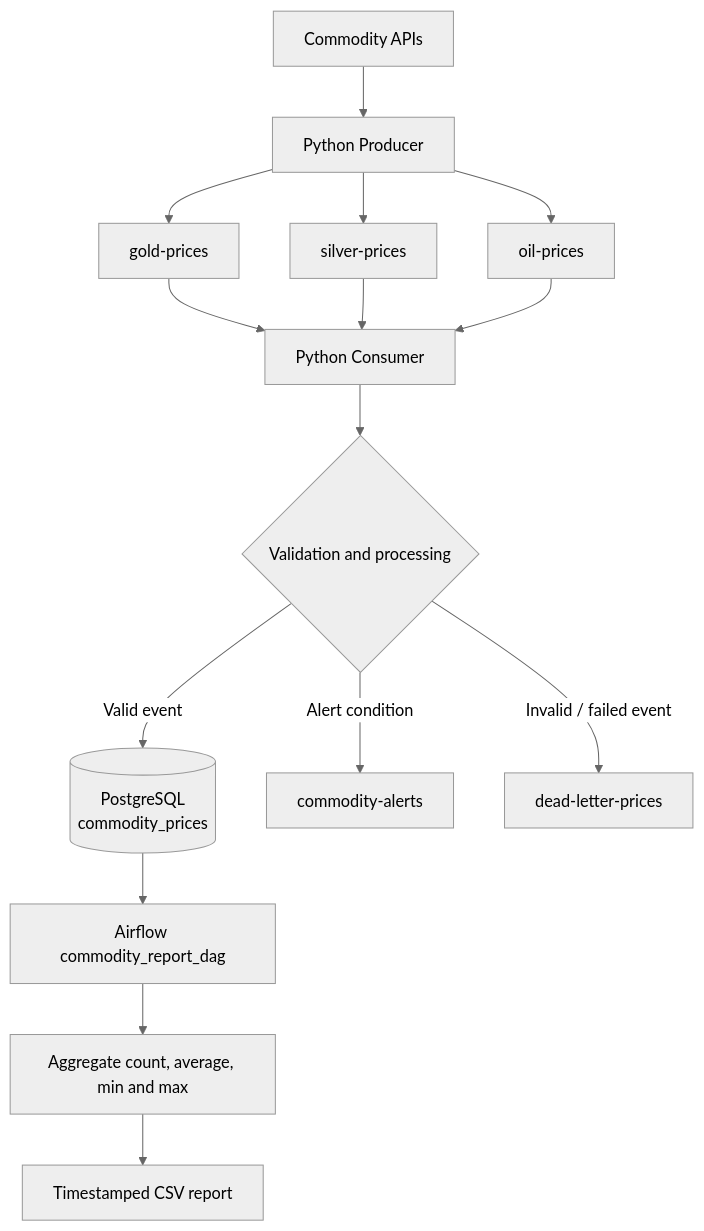
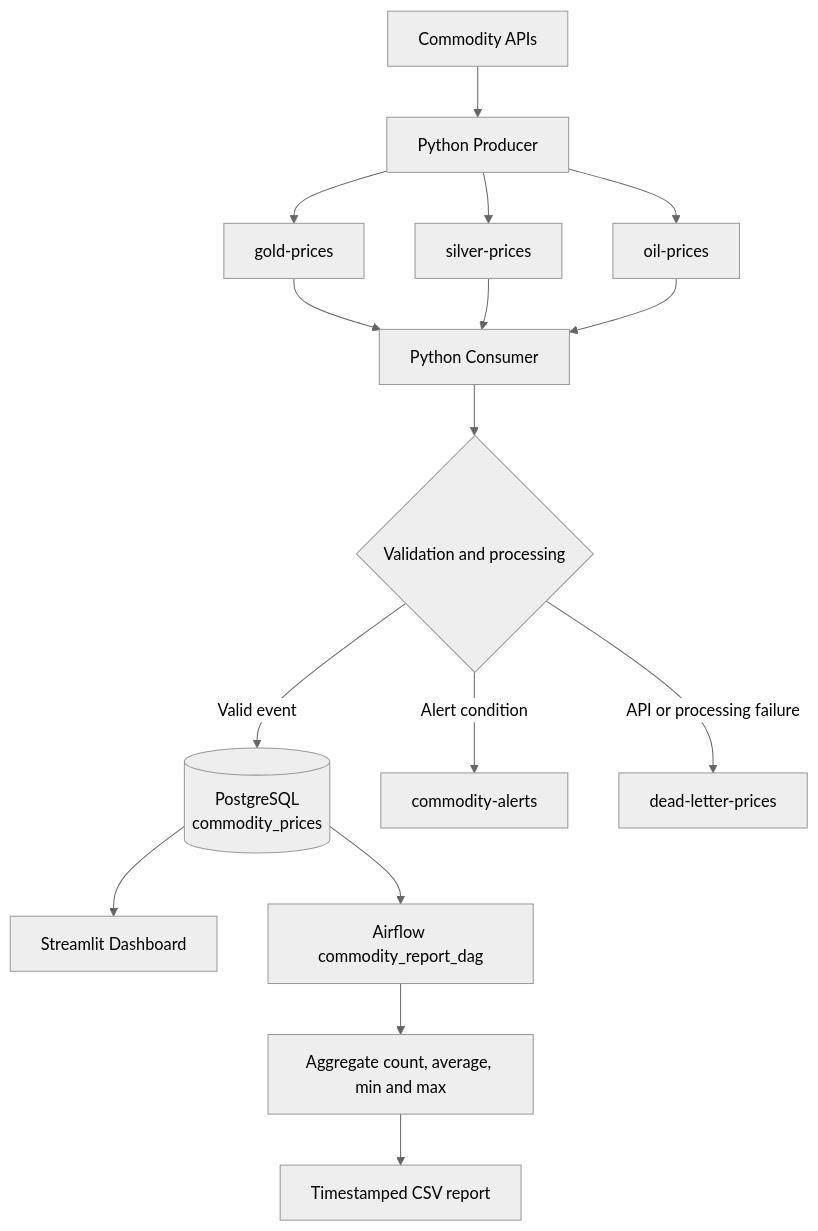
The diagram in README.md (AbhishekWafare/commodity-market-streaming-pipeline), drawn with Mermaid (neutral theme) before and after one commit. The commit also changed other lines of this file and 4 other files, not shown here.

Commit message:
Add optimized Streamlit dashboard and enhance project automation

````diff
--- a/README.md
+++ b/README.md
@@ -21,17 +26,21 @@
 ```mermaid
 flowchart TD
     A[Commodity APIs] --> B[Python Producer]
     B --> C1[gold-prices]
     B --> C2[silver-prices]
     B --> C3[oil-prices]
+
     C1 --> D[Python Consumer]
     C2 --> D
     C3 --> D
+
     D --> E{Validation and processing}
-    E -->|Valid event| F[(PostgreSQL\ncommodity_prices)]
+    E -->|Valid event| F[(PostgreSQL<br/>commodity_prices)]
     E -->|Alert condition| G[commodity-alerts]
-    E -->|Invalid / failed event| H[dead-letter-prices]
-    F --> I[Airflow commodity_report_dag]
-    I --> J[Aggregate count, average, min and max]
-    J --> K[Timestamped CSV report]
+    E -->|API or processing failure| H[dead-letter-prices]
+
+    F --> I[Streamlit Dashboard]
+    F --> J[Airflow commodity_report_dag]
+    J --> K[Aggregate count, average, min and max]
+    K --> L[Timestamped CSV report]
 ```
````
